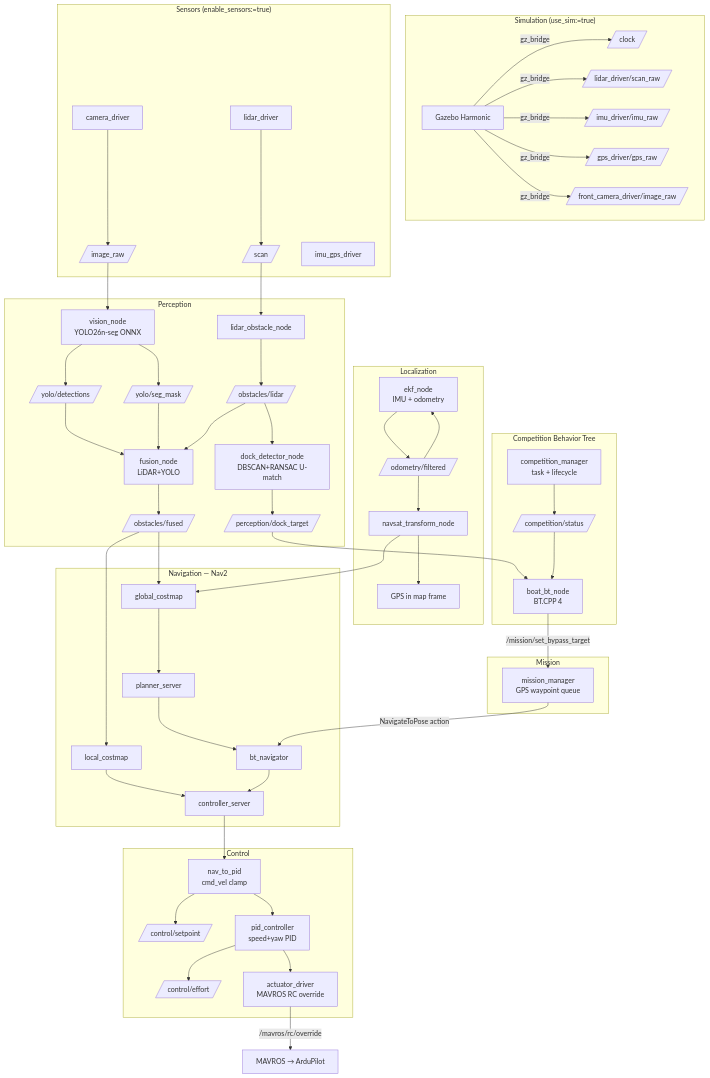
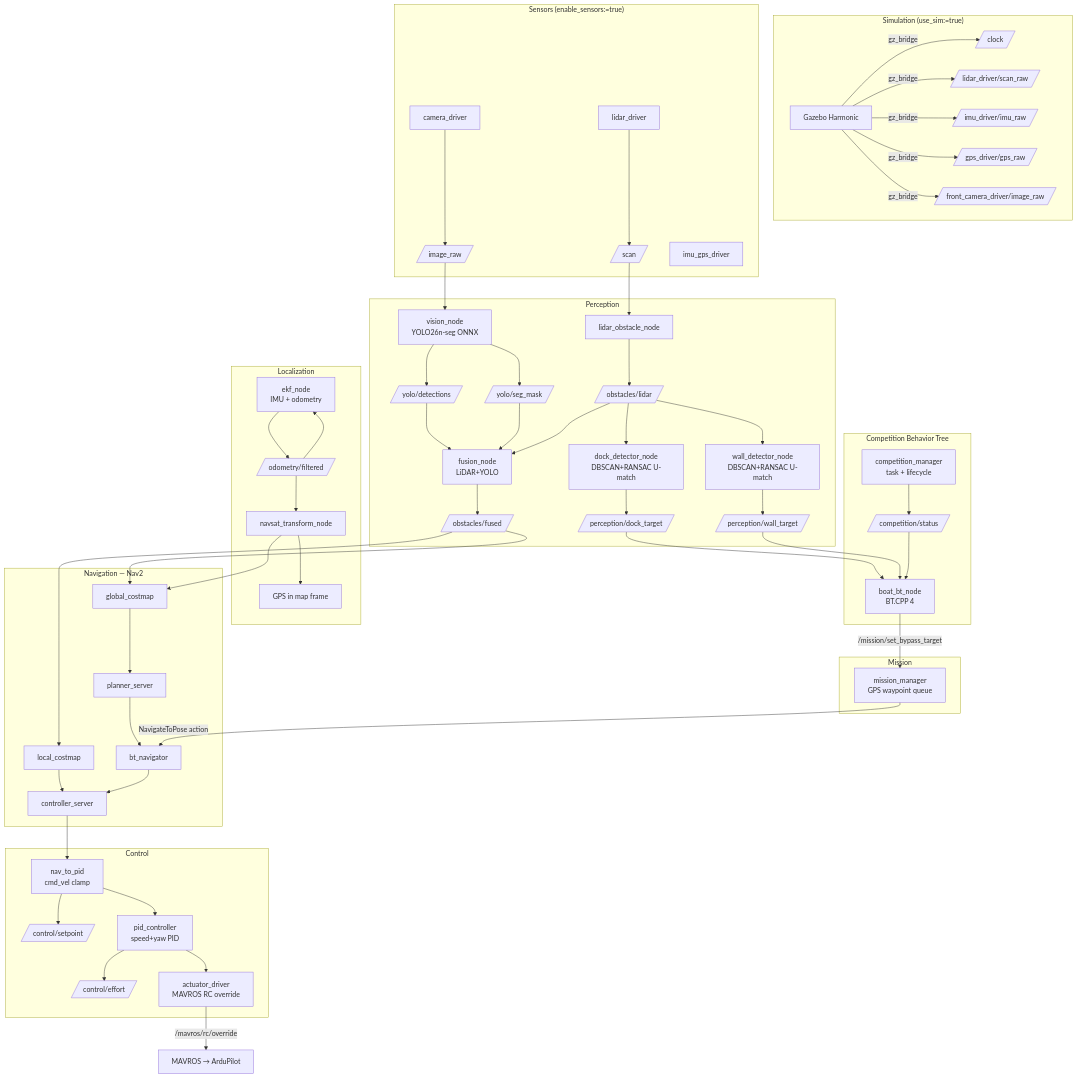
The diagram in README.md (NODE-Engineering-Club/node-ros-2026), drawn with Mermaid before and after one commit. The commit also changed other lines of this file and 4 other files, not shown here.

````diff
--- a/README.md
+++ b/README.md
@@ -94,75 +99,78 @@
 ```mermaid
 flowchart TD
     subgraph Sim["Simulation (use_sim:=true)"]
         GZ[Gazebo Harmonic] -->|gz_bridge| CLK[/clock/]
         GZ -->|gz_bridge| LIDAR_SIM[/lidar_driver/scan_raw/]
         GZ -->|gz_bridge| IMU_SIM[/imu_driver/imu_raw/]
         GZ -->|gz_bridge| GPS_SIM[/gps_driver/gps_raw/]
         GZ -->|gz_bridge| CAM_SIM[/front_camera_driver/image_raw/]
     end
 
     subgraph Sensors["Sensors (enable_sensors:=true)"]
         LD[lidar_driver] --> Scan[/scan/]
         CD[camera_driver] --> Image[/image_raw/]
         IG[imu_gps_driver]
     end
 
     subgraph Perception
         Y[vision_node<br/>YOLO26n-seg ONNX] --> Det[/yolo/detections/]
         Y --> Mask[/yolo/seg_mask/]
         LO[lidar_obstacle_node] --> LidarPts[/obstacles/lidar/]
         FN[fusion_node<br/>LiDAR+YOLO] --> Fused[/obstacles/fused/]
         DD[dock_detector_node<br/>DBSCAN+RANSAC U-match] --> DockT[/perception/dock_target/]
+        WD[wall_detector_node<br/>DBSCAN+RANSAC U-match] --> WallT[/perception/wall_target/]
     end
 
     subgraph Localization
         EKF[ekf_node<br/>IMU + odometry] --> OdomF[/odometry/filtered/]
         NS[navsat_transform_node] --> GPSF[GPS in map frame]
     end
 
     subgraph Navigation["Navigation — Nav2"]
         GCM[global_costmap]
         LCM[local_costmap]
         PS[planner_server]
         CS[controller_server]
         BT[bt_navigator]
     end
 
     subgraph Control
         N2P[nav_to_pid<br/>cmd_vel clamp] --> SP[/control/setpoint/]
         PID[pid_controller<br/>speed+yaw PID] --> Effort[/control/effort/]
         ACT[actuator_driver<br/>MAVROS RC override]
     end
 
     subgraph Mission
         MM[mission_manager<br/>GPS waypoint queue]
     end
 
     subgraph CompetitionBT["Competition Behavior Tree"]
         CM[competition_manager<br/>task + lifecycle] --> CS2[/competition/status/]
         CBT[boat_bt_node<br/>BT.CPP 4] -->|"/mission/set_bypass_target"| MM
     end
 
     Image --> Y
     Scan --> LO
     Det --> FN
     Mask --> FN
     LidarPts --> FN
     LidarPts --> DD
+    LidarPts --> WD
     Fused --> GCM
     Fused --> LCM
     OdomF --> EKF
     OdomF --> NS
     NS --> GCM
     GCM --> PS
     LCM --> CS
     PS --> BT
     BT --> CS
     CS --> N2P
     N2P --> PID
     PID --> ACT
     ACT -->|/mavros/rc/override| MAVROS[MAVROS → ArduPilot]
     MM -->|NavigateToPose action| BT
     DockT --> CBT
+    WallT --> CBT
     CS2 --> CBT
 ```
````
